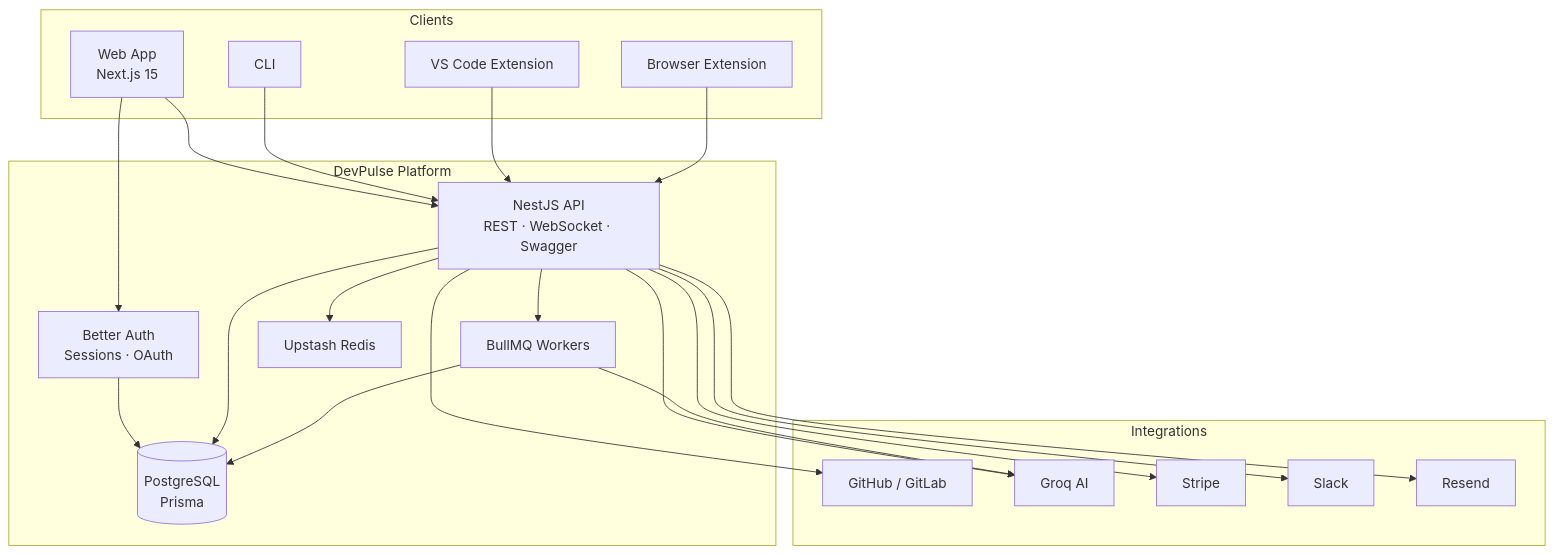
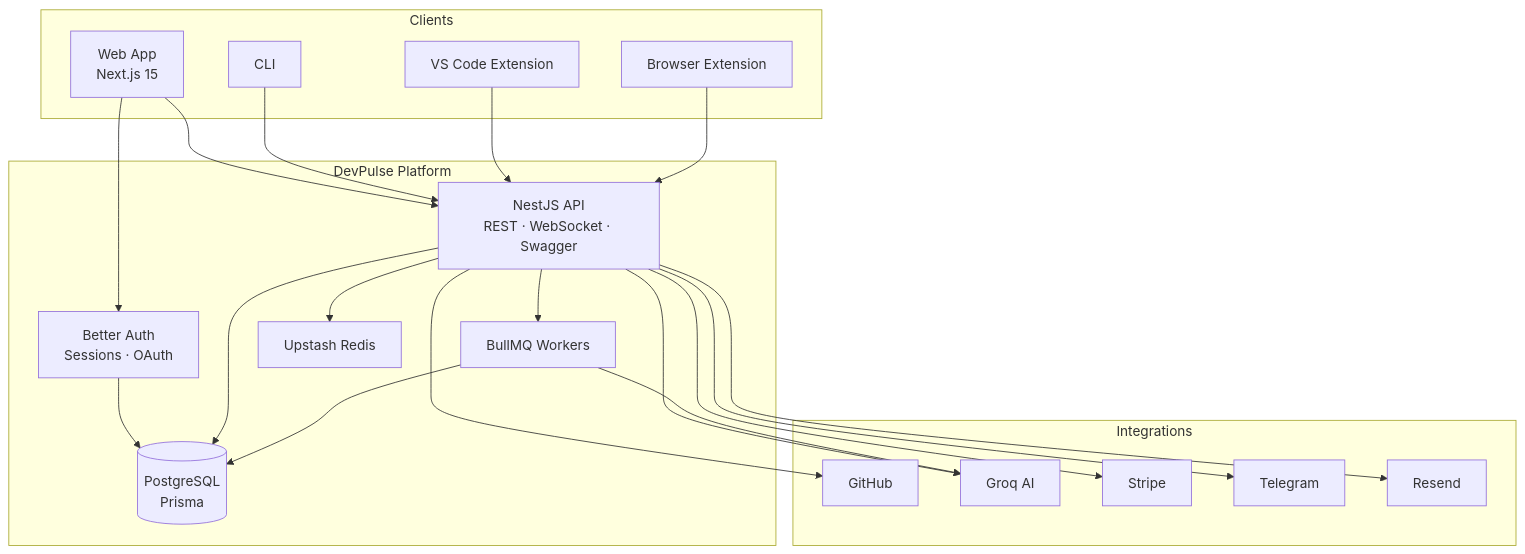
One commit to NajibHossain49/DevPulse changed the first of 4 diagrams in README.md. Above: the diagram before and after it, drawn with Mermaid. The commit also changed other lines of this file and 23 other files, not shown here.

First line of the commit message:
Refactor integrations to replace Slack with Telegram

````diff
--- a/README.md
+++ b/README.md
@@ -47,43 +47,43 @@
 ```mermaid
 flowchart TB
   subgraph Clients["Clients"]
     Web["Web App<br/>Next.js 15"]
     CLI["CLI"]
     VSCode["VS Code Extension"]
     Browser["Browser Extension"]
   end
 
   subgraph Platform["DevPulse Platform"]
     Auth["Better Auth<br/>Sessions · OAuth"]
     API["NestJS API<br/>REST · WebSocket · Swagger"]
     Queue["BullMQ Workers"]
     Cache["Upstash Redis"]
     DB[(PostgreSQL<br/>Prisma)]
   end
 
   subgraph External["Integrations"]
-    GH["GitHub / GitLab"]
+    GH["GitHub"]
     AI["Groq AI"]
     Stripe["Stripe"]
-    Slack["Slack"]
+    Telegram["Telegram"]
     Email["Resend"]
   end
 
   Web --> Auth
   Web --> API
   CLI --> API
   VSCode --> API
   Browser --> API
 
   Auth --> DB
   API --> DB
   API --> Cache
   API --> Queue
   API --> GH
   API --> AI
   API --> Stripe
-  API --> Slack
+  API --> Telegram
   API --> Email
   Queue --> DB
   Queue --> AI
 ```
````
